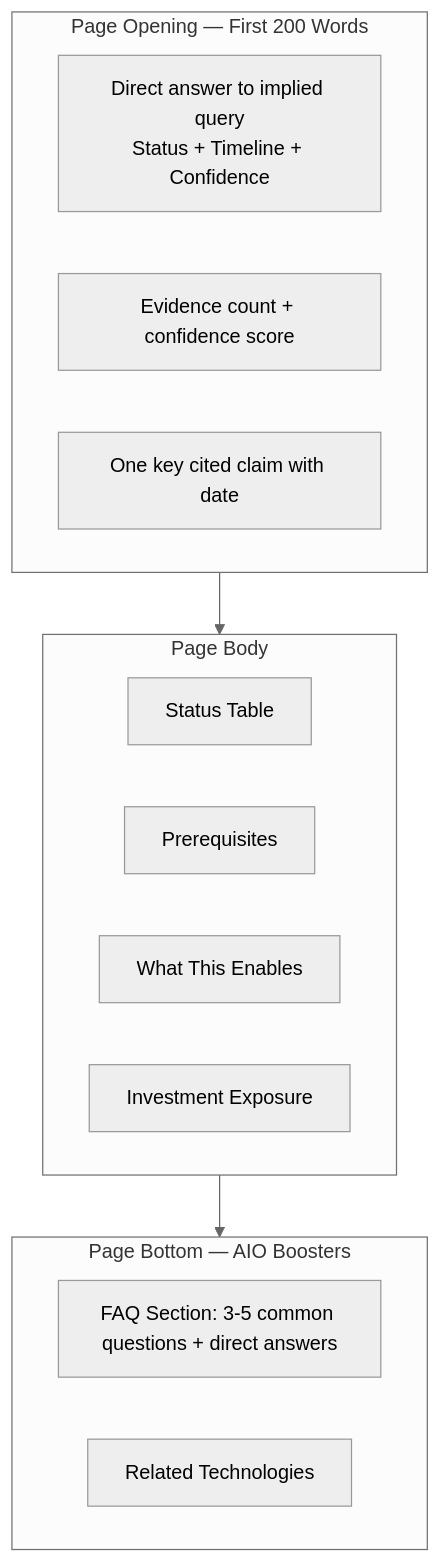
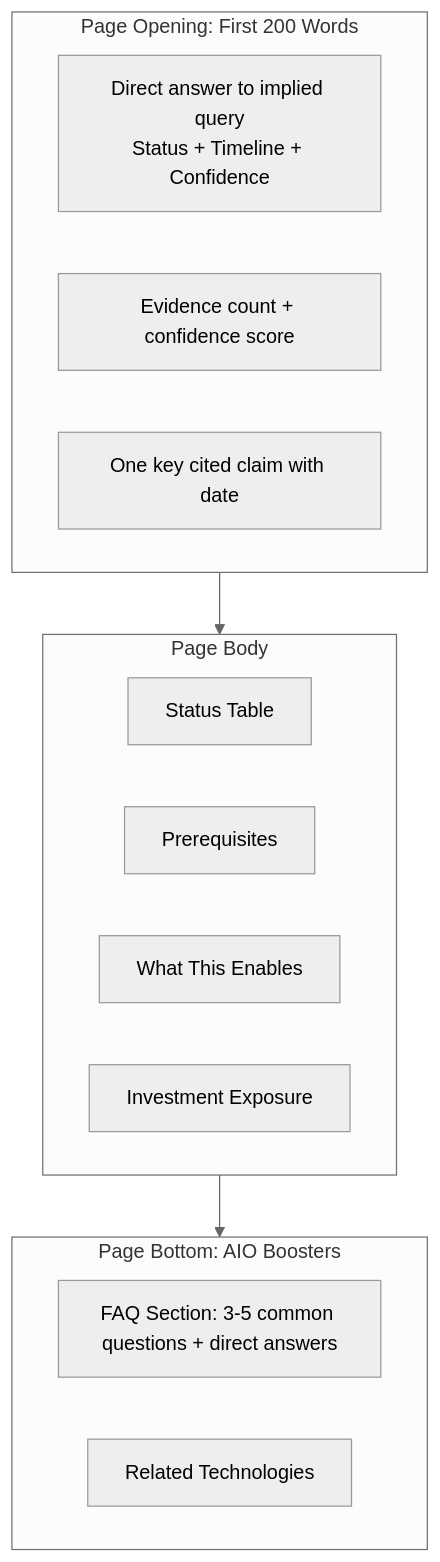
The third of 5 diagrams in enhancements/04-aio-optimization.md (mengliang10/future), drawn with Mermaid (neutral theme) before and after one commit. The commit also changed other lines of this file and 348 other files, not shown here.

Commit message:
Global removal of em-dashes, homepage section reordering, and flow improvements

````diff
--- a/enhancements/04-aio-optimization.md
+++ b/enhancements/04-aio-optimization.md
@@ -90,22 +90,22 @@
 ```mermaid
 flowchart TD
-    subgraph PageTop["Page Opening — First 200 Words"]
+    subgraph PageTop["Page Opening: First 200 Words"]
         ANSWER[Direct answer to implied query\nStatus + Timeline + Confidence]
         EVIDENCE[Evidence count + confidence score]
         CLAIM[One key cited claim with date]
     end
 
     subgraph PageBody["Page Body"]
         STATUS[Status Table]
         PREREQS[Prerequisites]
         ENABLES[What This Enables]
         INVEST[Investment Exposure]
     end
 
-    subgraph PageBottom["Page Bottom — AIO Boosters"]
+    subgraph PageBottom["Page Bottom: AIO Boosters"]
         FAQ[FAQ Section: 3-5 common questions + direct answers]
         RELATED[Related Technologies]
     end
 
     PageTop --> PageBody --> PageBottom
 ```
````
